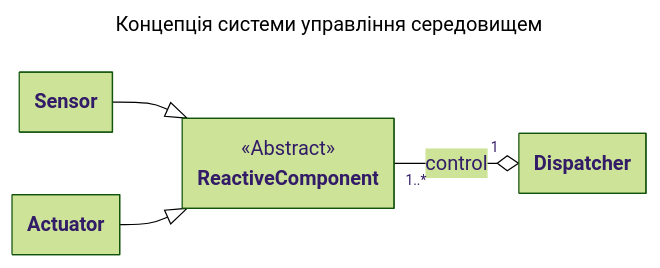
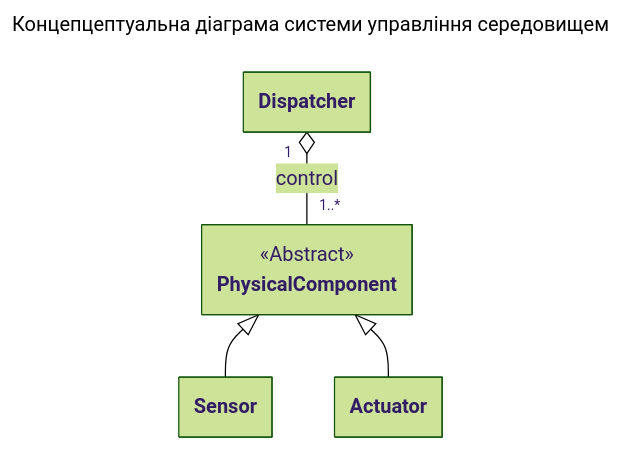
One commit to gzholtkevych/Design-Compilers-for-DSL changed the diagram in 00 Наскрізний приклад.md. Above: the diagram before and after it, drawn with Mermaid (forest theme). The commit also changed other lines of this file and 17 other files, not shown here.

````diff
--- a/00 Наскрізний приклад.md
+++ b/00 Наскрізний приклад.md
@@ -4,22 +11,21 @@
 ```mermaid
 ---
-title: Концепція системи управління середовищем
+title: Концепцептуальна діаграма системи управління середовищем
 config:
   class:
     hideEmptyMembersBox: true
 ---
 classDiagram
-direction LR
+direction TB
 
+	class Dispatcher
+	class PhysicalComponent {
+	    <<Abstract>>
+	}
 	class Sensor
 	class Actuator
-	class ReactiveComponent {
-	    <<Abstract>>
-	}
 	
-	Sensor --|> ReactiveComponent
-	Actuator --|> ReactiveComponent
-	class Dispatcher
-	
-	ReactiveComponent "1..*" --o "1" Dispatcher : control
+	Dispatcher "1" o-- "1..*" PhysicalComponent : control
+	PhysicalComponent <|-- Sensor 
+	PhysicalComponent <|-- Actuator
 ```
````
